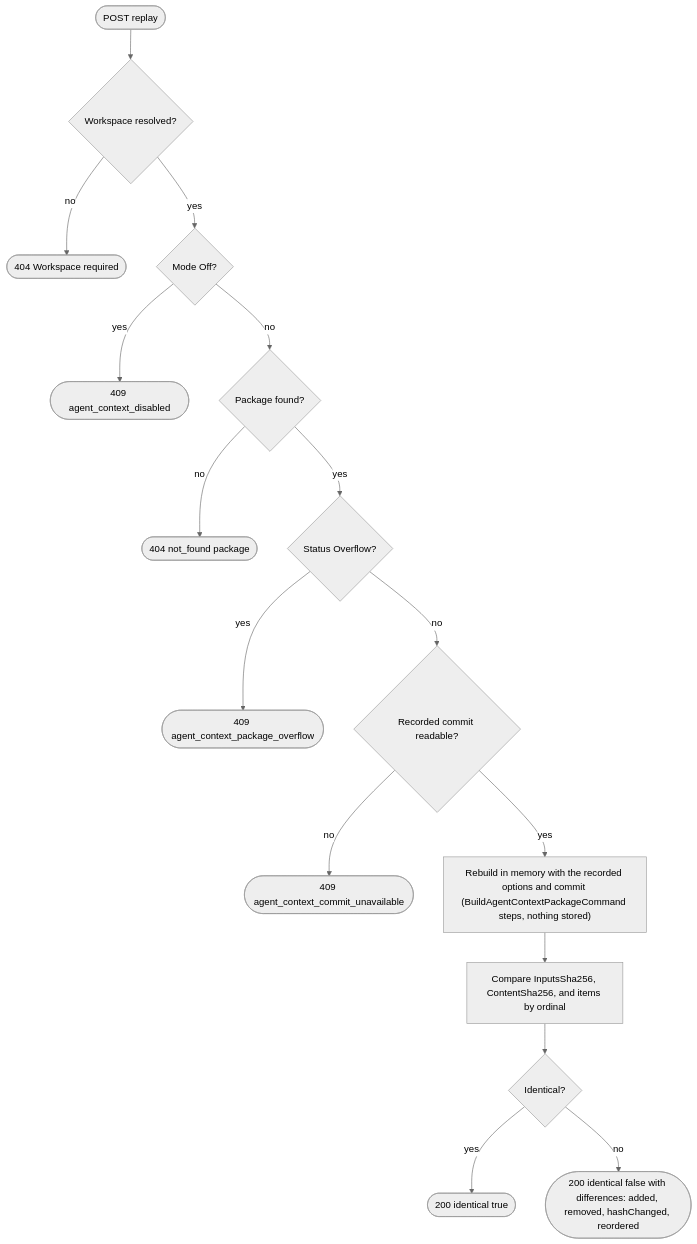
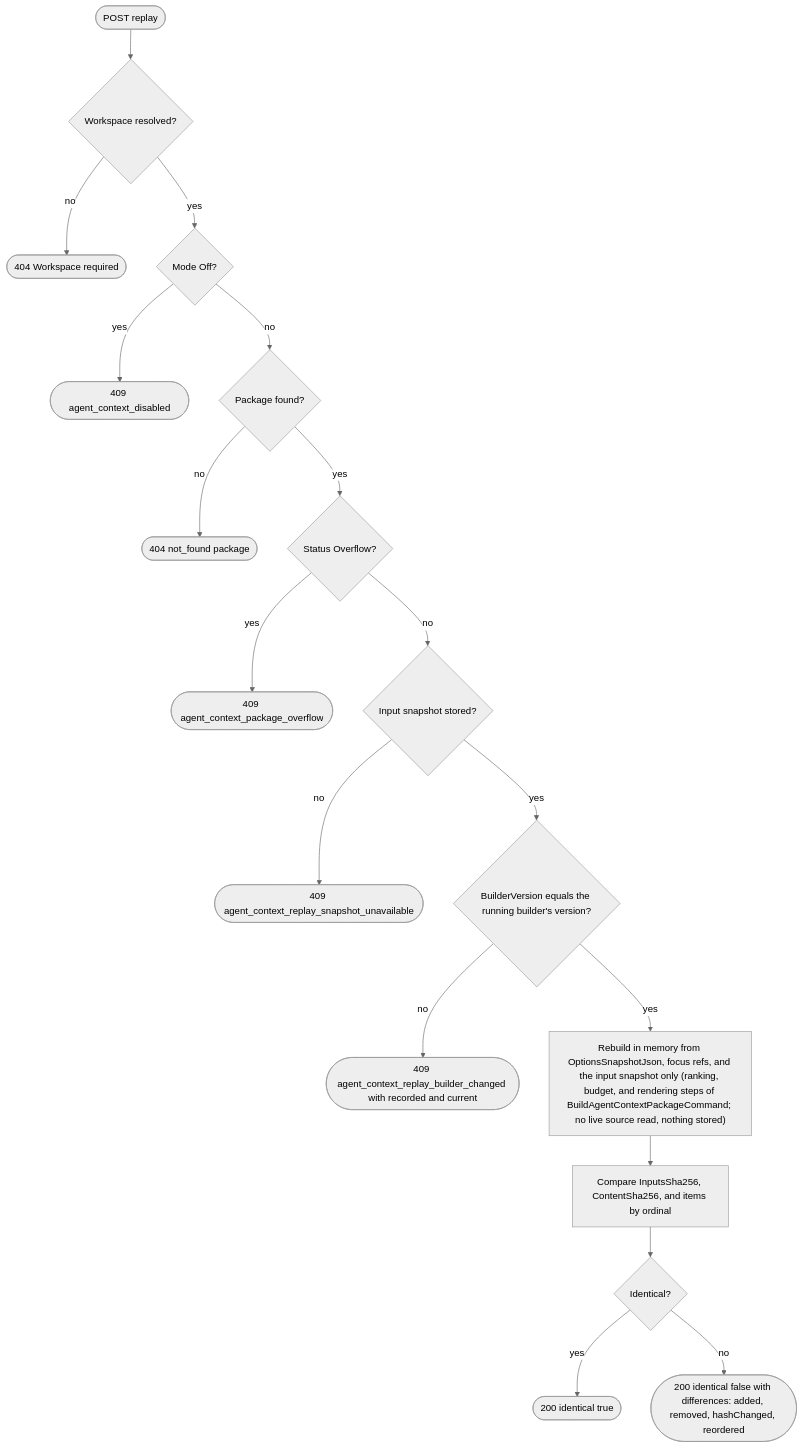
Before and after one commit to sharpninja/McpServer: the seventh of 59 diagrams in docs/Stateless-Agent-Context-Management.md, drawn with Mermaid (neutral theme). The commit also changed other lines of this file and 2 other files, not shown here.

````diff
--- a/docs/Stateless-Agent-Context-Management.md
+++ b/docs/Stateless-Agent-Context-Management.md
@@ -386,18 +405,20 @@
 ```mermaid
 flowchart TD
     S(["POST replay"]) --> W{"Workspace resolved?"}
     W -->|no| E0(["404 Workspace required"])
     W -->|yes| MO{"Mode Off?"}
     MO -->|yes| E1(["409 agent_context_disabled"])
     MO -->|no| F{"Package found?"}
     F -->|no| E2(["404 not_found package"])
     F -->|yes| OV{"Status Overflow?"}
     OV -->|yes| E3(["409 agent_context_package_overflow"])
-    OV -->|no| C{"Recorded commit readable?"}
-    C -->|no| E4(["409 agent_context_commit_unavailable"])
-    C -->|yes| RB["Rebuild in memory with the recorded options and commit (BuildAgentContextPackageCommand steps, nothing stored)"]
+    OV -->|no| SN{"Input snapshot stored?"}
+    SN -->|no| E4(["409 agent_context_replay_snapshot_unavailable"])
+    SN -->|yes| BV{"BuilderVersion equals the running builder's version?"}
+    BV -->|no| E5(["409 agent_context_replay_builder_changed with recorded and current"])
+    BV -->|yes| RB["Rebuild in memory from OptionsSnapshotJson, focus refs, and the input snapshot only (ranking, budget, and rendering steps of BuildAgentContextPackageCommand; no live source read, nothing stored)"]
     RB --> CMP["Compare InputsSha256, ContentSha256, and items by ordinal"]
     CMP --> SAME{"Identical?"}
     SAME -->|yes| R1(["200 identical true"])
     SAME -->|no| R2(["200 identical false with differences: added, removed, hashChanged, reordered"])
 ```
````
